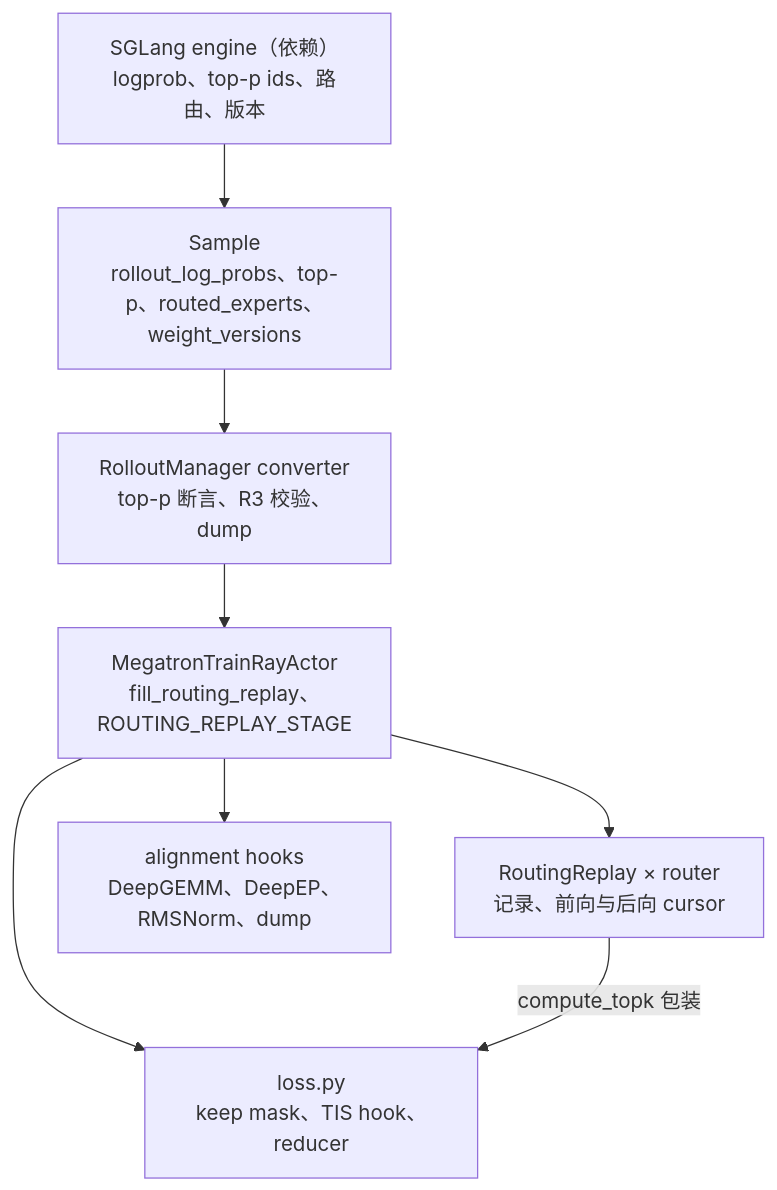
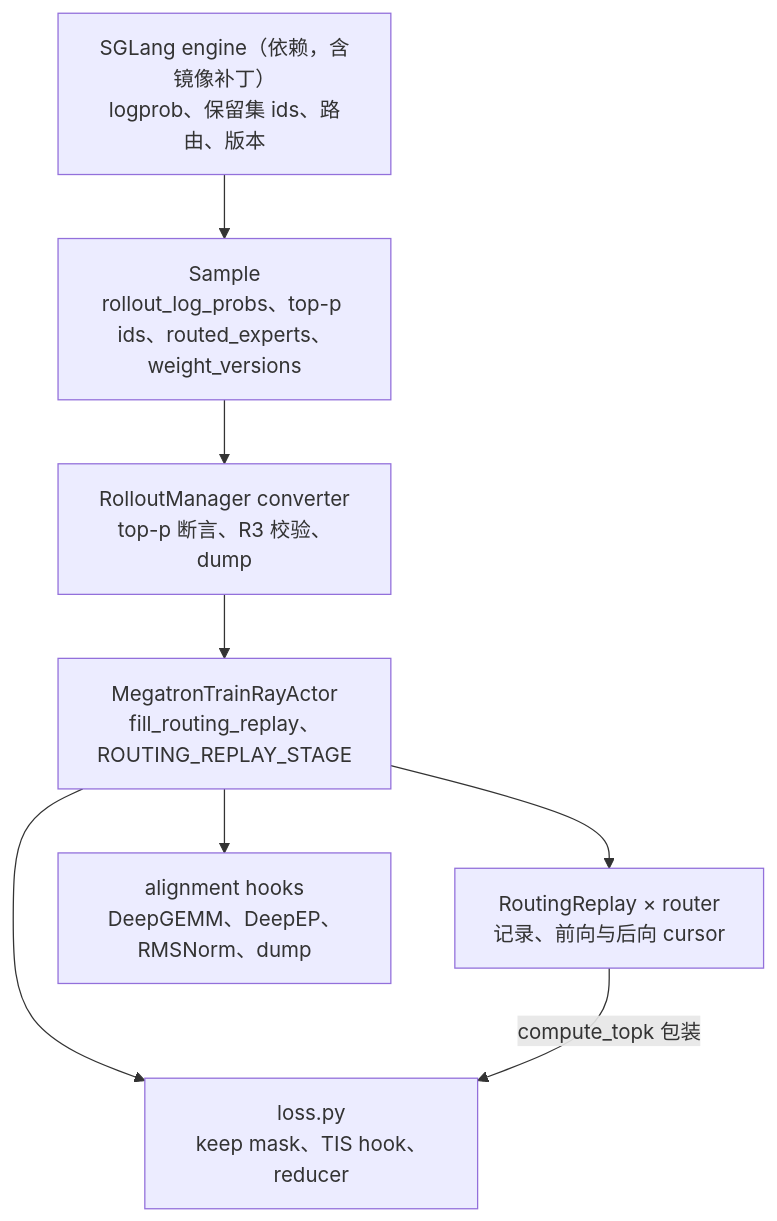
The third of 4 diagrams in wiki/02_engineering/04_posttrain_frameworks/slime/17_slime_train_inference_consistency_analysis.md (suhaibo666/llm-knowledge), drawn with Mermaid before and after one commit. The commit also changed other lines of this file and 223 other files, not shown here.

````diff
--- a/wiki/02_engineering/04_posttrain_frameworks/slime/17_slime_train_inference_consistency_analysis.md
+++ b/wiki/02_engineering/04_posttrain_frameworks/slime/17_slime_train_inference_consistency_analysis.md
@@ -281,15 +344,15 @@
 ```mermaid
 flowchart TB
-    SG["SGLang engine（依赖）<br/>logprob、top-p ids、路由、版本"]
-    SA["Sample<br/>rollout_log_probs、top-p、routed_experts、weight_versions"]
+    SG["SGLang engine（依赖，含镜像补丁）<br/>logprob、保留集 ids、路由、版本"]
+    SA["Sample<br/>rollout_log_probs、top-p ids、routed_experts、weight_versions"]
     RM["RolloutManager converter<br/>top-p 断言、R3 校验、dump"]
     AC["MegatronTrainRayActor<br/>fill_routing_replay、ROUTING_REPLAY_STAGE"]
     RR["RoutingReplay × router<br/>记录、前向与后向 cursor"]
     AL["alignment hooks<br/>DeepGEMM、DeepEP、RMSNorm、dump"]
     LO["loss.py<br/>keep mask、TIS hook、reducer"]
     SG --> SA --> RM --> AC
     AC --> RR
     AC --> AL
     AC --> LO
     RR -->|compute_topk 包装| LO
 ```
````
